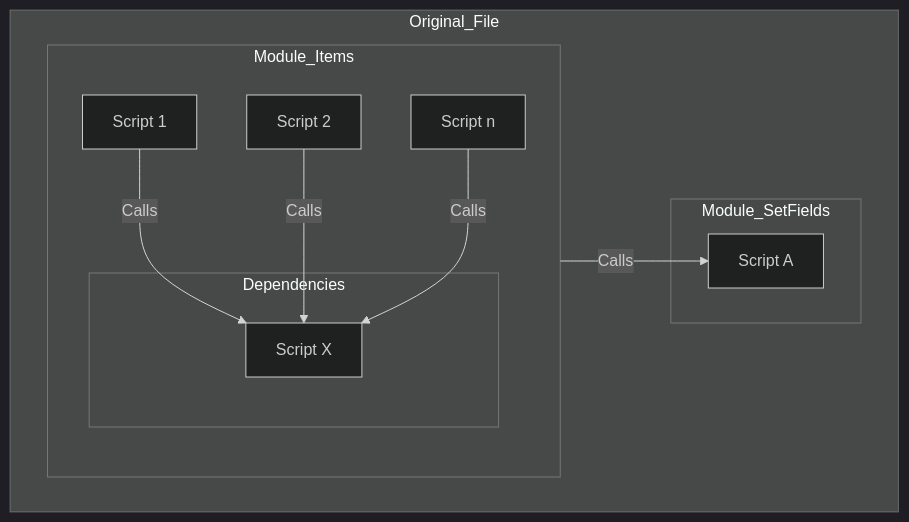
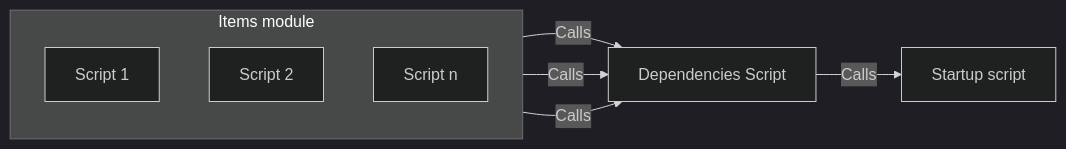
One commit to CloudChi/FX-Framework changed the third of 4 diagrams in Dependencies.md. Above: the diagram before and after it, drawn with Mermaid (dark theme). The commit also changed other lines of this file, not shown here.

````diff
--- a/Dependencies.md
+++ b/Dependencies.md
@@ -63,22 +55,16 @@
 ```mermaid
 graph LR
-    subgraph Original_File
         direction LR
-        subgraph Module_Items
+        subgraph Items module
             direction TB
             A[Script 1]
             B[Script 2]
             C[Script n]
-            subgraph Dependencies
-                D[Script X]
-            end
         end
-        subgraph Module_SetFields
-               E[Script A]
-        end
+        D[Dependencies Script]
+        E[Startup script]
         A --Calls--> D
         B --Calls--> D
         C --Calls--> D
         D --Calls--> E
-    end
 ```
````
